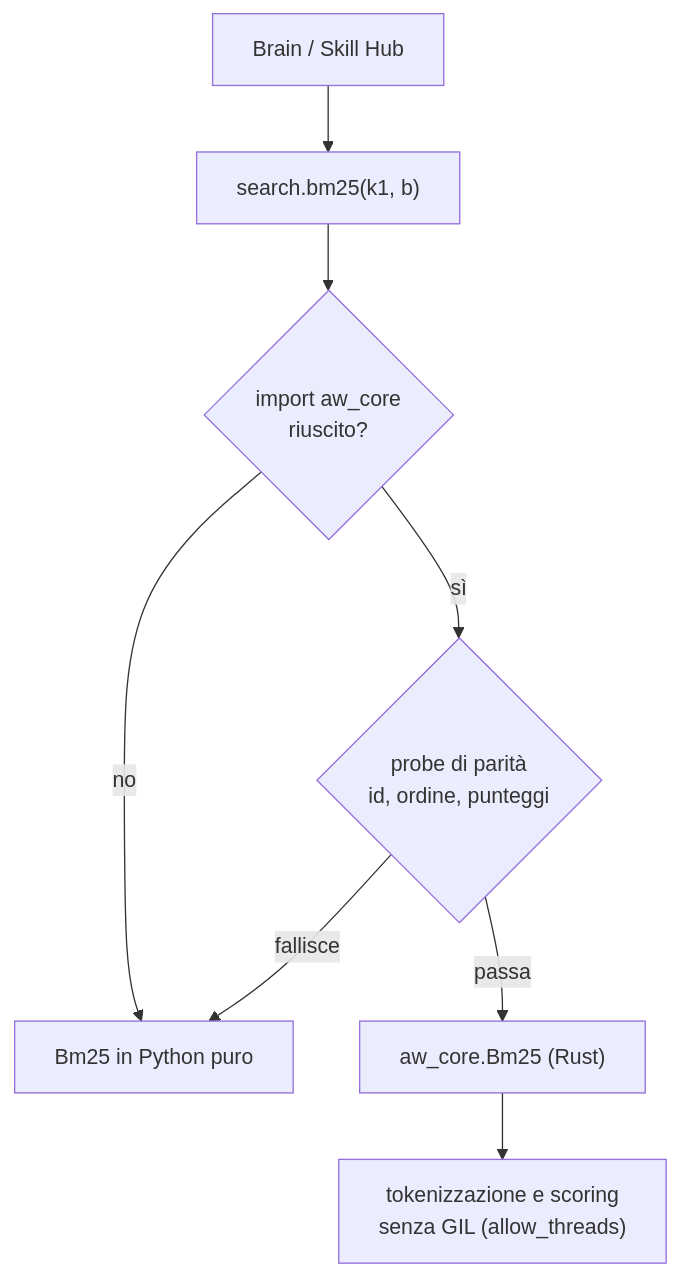
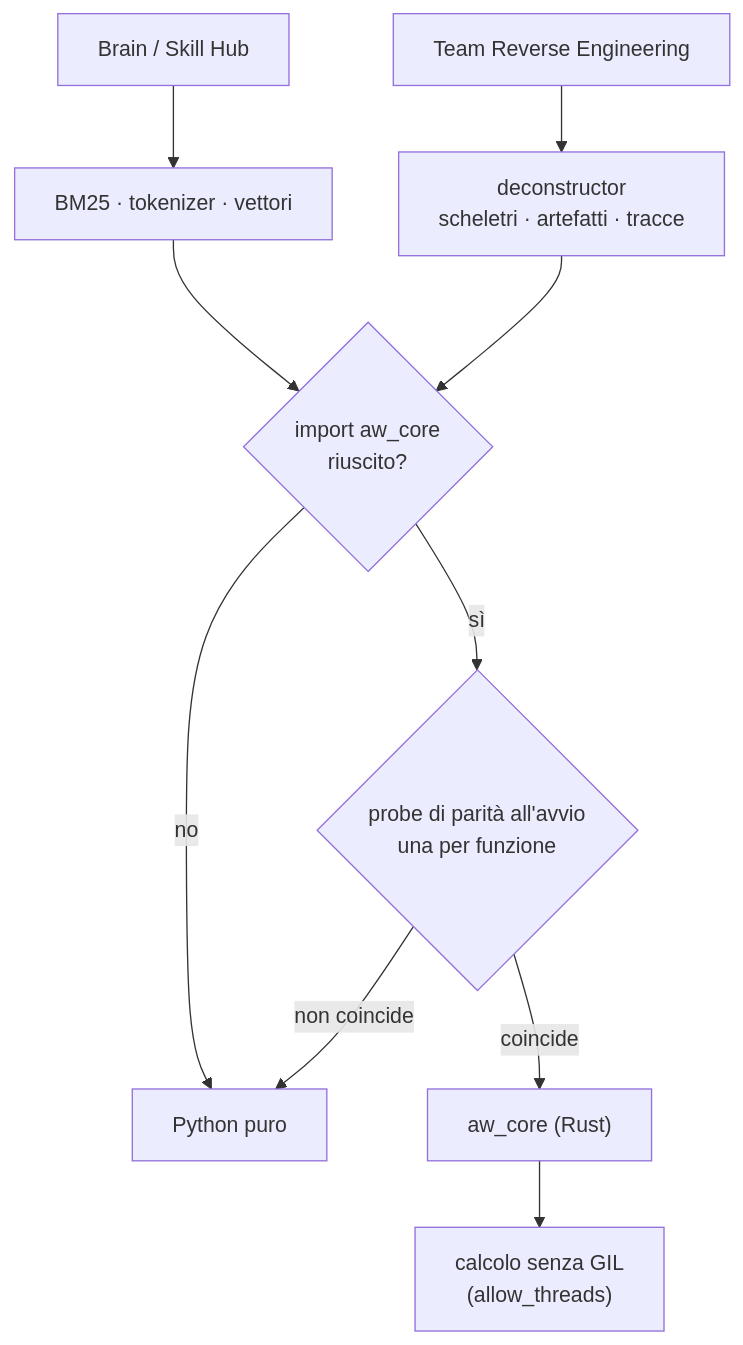
The fourth of 11 diagrams in README.md (GiuseppeGiannelli-rgb/agent-world), drawn with Mermaid before and after one commit. The commit also changed other lines of this file and 20 other files, not shown here.

First line of the commit message:
README: the app after spec 11 in diagrams and screenshots; tables in the file viewer

````diff
--- a/README.md
+++ b/README.md
@@ -210,10 +209,12 @@
 ```mermaid
 flowchart TD
-    C["Brain / Skill Hub"] --> F["search.bm25(k1, b)"]
+    C["Brain / Skill Hub"] --> F["BM25 · tokenizer · vettori"]
+    X["Team Reverse Engineering"] --> D["deconstructor<br/>scheletri · artefatti · tracce"]
     F --> I{"import aw_core<br/>riuscito?"}
-    I -->|no| P["Bm25 in Python puro"]
-    I -->|sì| PR{"probe di parità<br/>id, ordine, punteggi"}
-    PR -->|fallisce| P
-    PR -->|passa| R["aw_core.Bm25 (Rust)"]
-    R --> G["tokenizzazione e scoring<br/>senza GIL (allow_threads)"]
+    D --> I
+    I -->|no| P["Python puro"]
+    I -->|sì| PR{"probe di parità all'avvio<br/>una per funzione"}
+    PR -->|non coincide| P
+    PR -->|coincide| R["aw_core (Rust)"]
+    R --> G["calcolo senza GIL<br/>(allow_threads)"]
 ```
````
